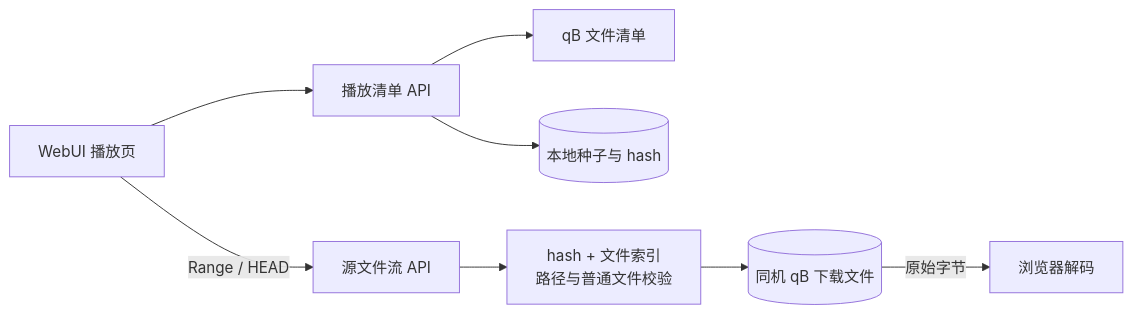
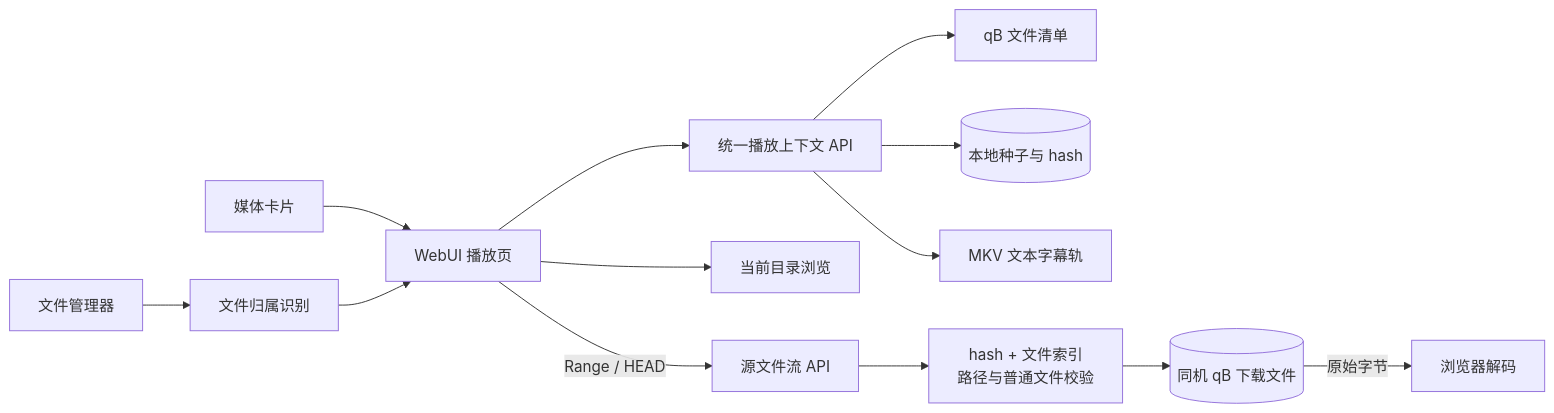
One commit to Huffer342-WSH/NexusBridge changed the seventh of 8 diagrams in docs/architecture.md. Above: the diagram before and after it, drawn with Mermaid. The commit also changed other lines of this file and 24 other files, not shown here.

````diff
--- a/docs/architecture.md
+++ b/docs/architecture.md
@@ -241,10 +241,15 @@
 ```mermaid
 flowchart LR
-    Playback[WebUI 播放页] --> Manifest[播放清单 API]
+    Card[媒体卡片] --> Playback[WebUI 播放页]
+    Files[文件管理器] --> Detect[文件归属识别]
+    Detect --> Playback
+    Playback --> Manifest[统一播放上下文 API]
     Manifest --> QB[qB 文件清单]
     Manifest --> Catalog[(本地种子与 hash)]
+    Playback --> Browse[当前目录浏览]
+    Manifest --> Subtitle[MKV 文本字幕轨]
     Playback -->|Range / HEAD| Stream[源文件流 API]
     Stream --> Validate[hash + 文件索引<br/>路径与普通文件校验]
     Validate --> LocalFile[(同机 qB 下载文件)]
     LocalFile -->|原始字节| Browser[浏览器解码]
 ```
````
